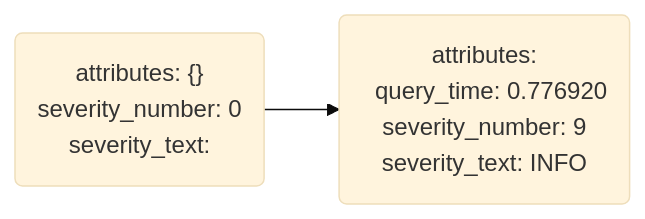
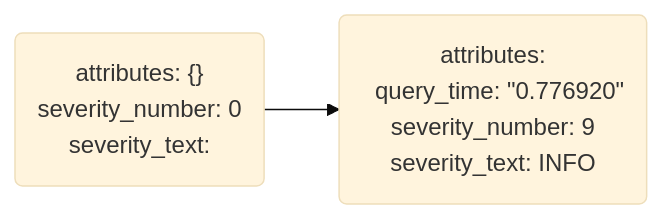
Before and after one commit to evan-bradley/ottl-cookbook: the diagram in code/mysql-1-extraction.mmd, drawn with Mermaid (base theme). The commit also changed 2 other files, not shown here.

```diff
--- a/code/mysql-1-extraction.mmd
+++ b/code/mysql-1-extraction.mmd
@@ -1,11 +1,11 @@
 flowchart LR
     log0("attributes: {}
 severity_number: 0 
 severity_text:
     ")
     log1(attributes: 
-&nbsp;&nbsp;query_time: 0.776920
+&nbsp;&nbsp;query_time: &quot;0.776920&quot;
 severity_number: 9
 severity_text: INFO
     )
     log0 --> log1
```
